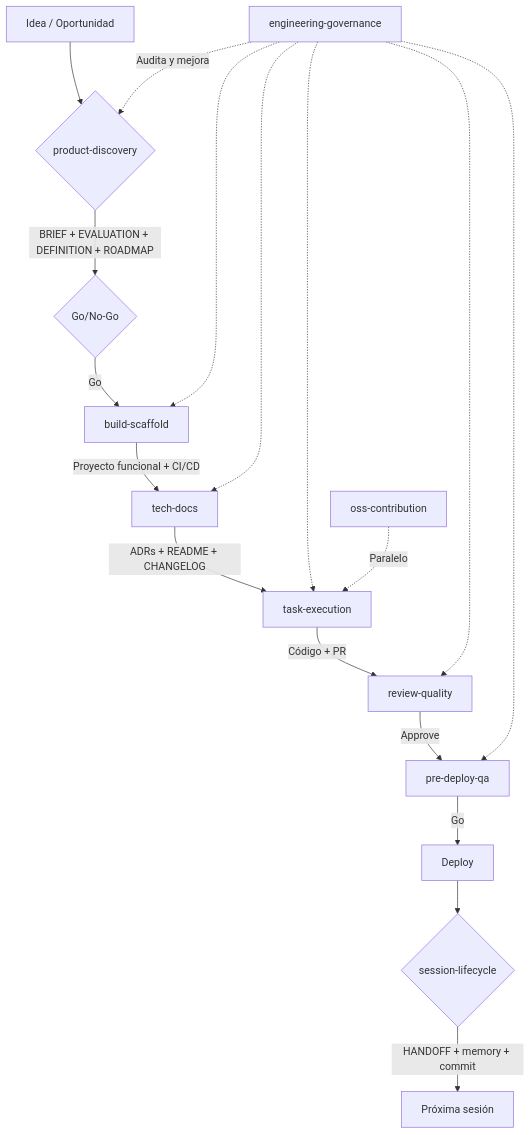
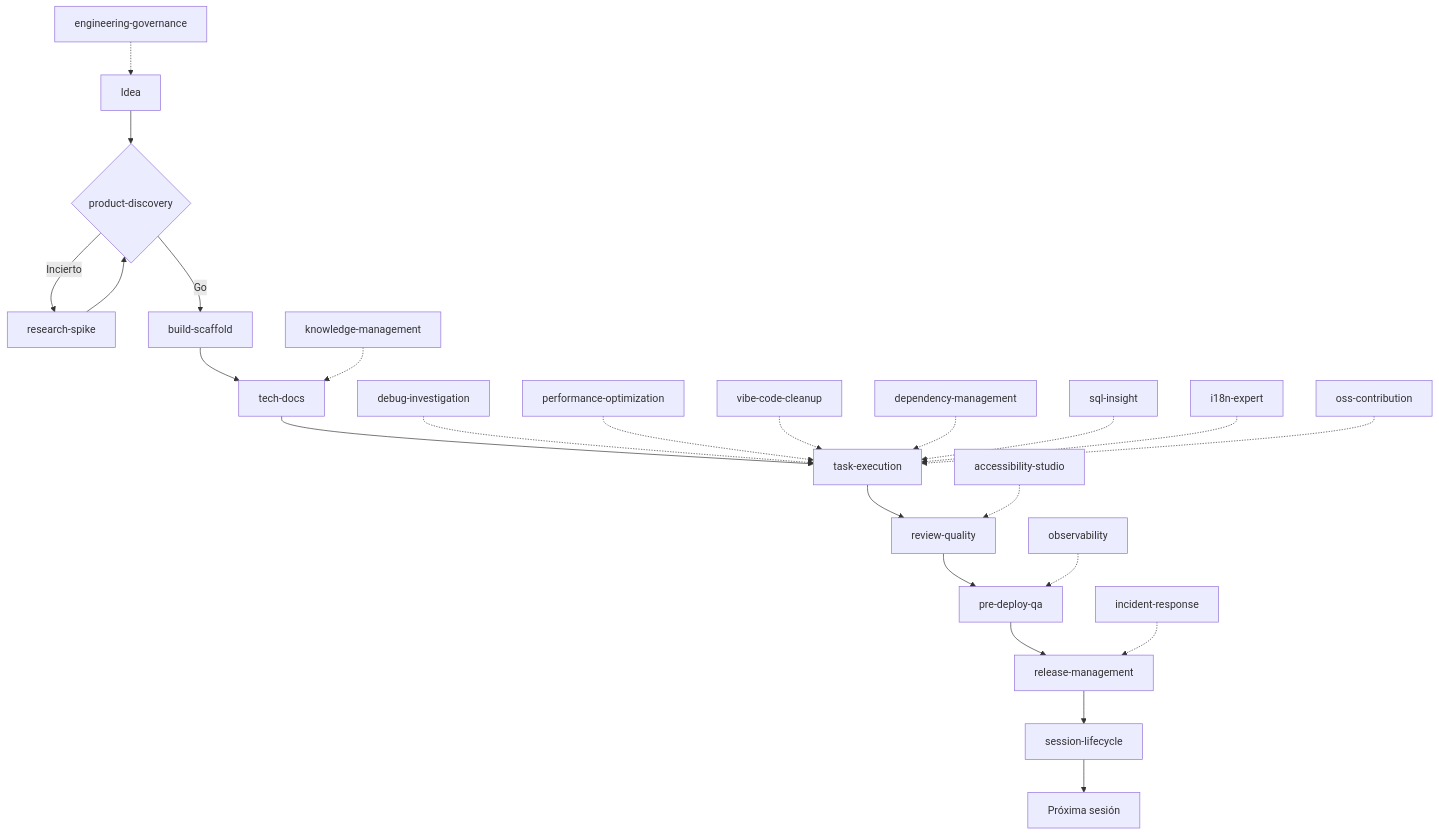
The diagram in docs/kanam-product-pipeline.md (gonzoblasco/workspace_openclaw), drawn with Mermaid before and after one commit. The commit also changed other lines of this file and 1 other file, not shown here.

First line of the commit message:
docs: rewrite SKILLS-INDEX.md and update kanam-product-pipeline

````diff
--- a/docs/kanam-product-pipeline.md
+++ b/docs/kanam-product-pipeline.md
@@ -23,25 +57,28 @@
 ```mermaid
 graph TD
-    A[Idea / Oportunidad] --> B{product-discovery}
-    B -->|BRIEF + EVALUATION + DEFINITION + ROADMAP| C{Go/No-Go}
-    
-    C -->|Go| D[build-scaffold]
-    D -->|Proyecto funcional + CI/CD| E[tech-docs]
-    E -->|ADRs + README + CHANGELOG| F[task-execution]
-    
-    F -->|Código + PR| G[review-quality]
-    G -->|Approve| H[pre-deploy-qa]
-    H -->|Go| I[Deploy]
-    
-    I --> J{session-lifecycle}
-    J -->|HANDOFF + memory + commit| K[Próxima sesión]
-    
-    L[engineering-governance] -.->|Audita y mejora| B
-    L -.-> D
-    L -.-> E
-    L -.-> F
-    L -.-> G
-    L -.-> H
-    
-    M[oss-contribution] -.->|Paralelo| F
+    A[Idea] --> B{product-discovery}
+    B -->|Incierto| C[research-spike]
+    C --> B
+    B -->|Go| D[build-scaffold]
+    D --> E[tech-docs]
+    E --> F[task-execution]
+    F --> G[review-quality]
+    G --> H[pre-deploy-qa]
+    H --> I[release-management]
+    I --> J[session-lifecycle]
+    J --> K[Próxima sesión]
+
+    %% Transversales
+    L[debug-investigation] -.-> F
+    M[performance-optimization] -.-> F
+    N[vibe-code-cleanup] -.-> F
+    O[dependency-management] -.-> F
+    P[sql-insight] -.-> F
+    Q[i18n-expert] -.-> F
+    R[accessibility-studio] -.-> G
+    S[observability] -.-> H
+    T[incident-response] -.-> I
+    U[engineering-governance] -.-> A
+    V[knowledge-management] -.-> E
+    W[oss-contribution] -.-> F
 ```
````
